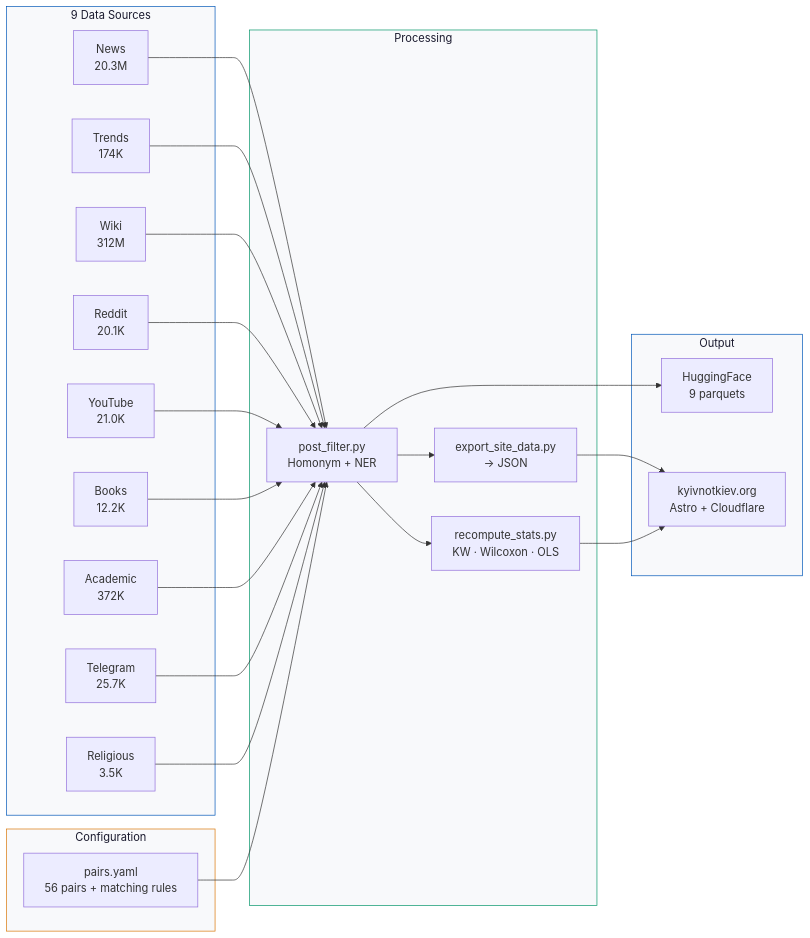
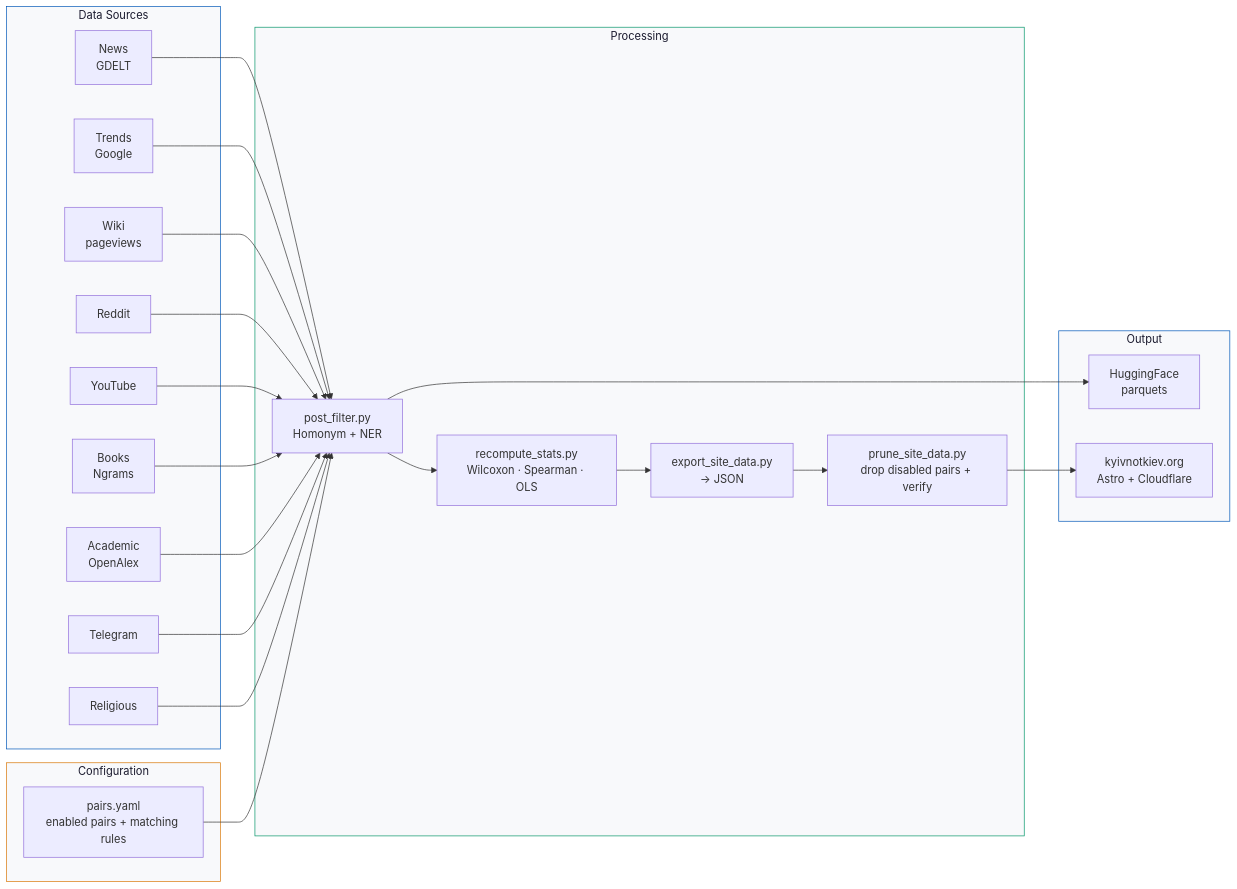
Before and after one commit to IvanDobrovolsky/kyivnotkiev: the diagram in README.md, drawn with Mermaid. The commit also changed other lines of this file and 53 other files, not shown here.

First line of the commit message:
refactor: narrow to 22 pairs, drop categories, Reference Audit, tests and FP metric

````diff
--- a/README.md
+++ b/README.md
@@ -48,39 +65,39 @@
 ```mermaid
 graph LR
-    subgraph Sources["9 Data Sources"]
+    subgraph Sources["Data Sources"]
         style Sources fill:#f8f9fb,stroke:#0057B8,color:#1a1a2e
-        GDELT["News<br/>20.3M"]
-        Trends["Trends<br/>174K"]
-        Wiki["Wiki<br/>312M"]
-        Reddit["Reddit<br/>20.1K"]
-        YT["YouTube<br/>21.0K"]
-        Ngrams["Books<br/>12.2K"]
-        OA["Academic<br/>372K"]
-        TG["Telegram<br/>25.7K"]
-        Rel["Religious<br/>3.5K"]
+        GDELT["News<br/>GDELT"]
+        Trends["Trends<br/>Google"]
+        Wiki["Wiki<br/>pageviews"]
+        Reddit["Reddit"]
+        YT["YouTube"]
+        Ngrams["Books<br/>Ngrams"]
+        OA["Academic<br/>OpenAlex"]
+        TG["Telegram"]
+        Rel["Religious"]
     end
 
     subgraph Config["Configuration"]
         style Config fill:#f8f9fb,stroke:#d97706,color:#1a1a2e
-        Pairs["pairs.yaml<br/>56 pairs + matching rules"]
+        Pairs["pairs.yaml<br/>enabled pairs + matching rules"]
     end
 
     subgraph Processing["Processing"]
         style Processing fill:#f8f9fb,stroke:#059669,color:#1a1a2e
         PostFilter["post_filter.py<br/>Homonym + NER"]
+        Stats["recompute_stats.py<br/>Wilcoxon · Spearman · OLS"]
         Export["export_site_data.py<br/>→ JSON"]
-        Stats["recompute_stats.py<br/>KW · Wilcoxon · OLS"]
+        Prune["prune_site_data.py<br/>drop disabled pairs + verify"]
     end
 
     subgraph Output["Output"]
         style Output fill:#f8f9fb,stroke:#0057B8,color:#1a1a2e
-        HF["HuggingFace<br/>9 parquets"]
+        HF["HuggingFace<br/>parquets"]
         Site["kyivnotkiev.org<br/>Astro + Cloudflare"]
     end
 
     GDELT & Trends & Wiki & Reddit & YT & Ngrams & OA & TG & Rel --> PostFilter
     Pairs --> PostFilter
-    PostFilter --> Export --> Site
-    PostFilter --> Stats --> Site
+    PostFilter --> Stats --> Export --> Prune --> Site
     PostFilter --> HF
 ```
````
